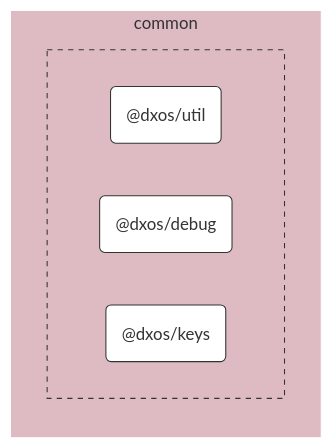
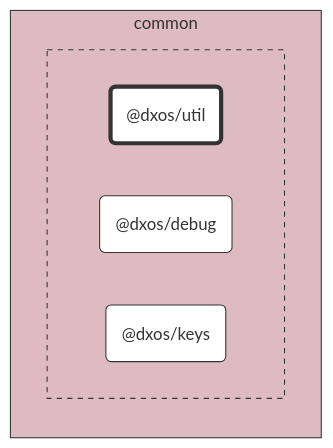
One commit to dxos/dxos changed the diagram in packages/common/util/docs/README.md. Above: the diagram before and after it, drawn with Mermaid. The commit also changed 89 other files, not shown here.

````diff
--- a/packages/common/util/docs/README.md
+++ b/packages/common/util/docs/README.md
@@ -7,28 +7,28 @@
 ```mermaid
 %%{ init: {'flowchart':{'curve':'basis'}} }%%
 
 flowchart LR
 
 %% Classes
 classDef def fill:#fff,stroke:#333,stroke-width:1px
 classDef root fill:#fff,stroke:#333,stroke-width:4px
 
 %% Nodes
 
 subgraph common [common]
-  style common fill:#debac2,stroke:#fff
+  style common fill:#debac2,stroke:#333
 
-  subgraph common-excluded [ ]
-    style common-excluded fill:#debac2,stroke:#333,stroke-dasharray:5 5
-    dxos/util("@dxos/util"):::def
+  subgraph _ [ ]
+    style _ fill:#debac2,stroke:#333,stroke-dasharray:5 5
+    dxos/util("@dxos/util"):::root
     click dxos/util "dxos/dxos/tree/main/packages/common/util/docs"
     dxos/debug("@dxos/debug"):::def
     click dxos/debug "dxos/dxos/tree/main/packages/common/debug/docs"
     dxos/keys("@dxos/keys"):::def
     click dxos/keys "dxos/dxos/tree/main/packages/common/keys/docs"
   end
 end
 
 %% Links
 linkStyle default stroke:#333,stroke-width:1px
 ```
````
